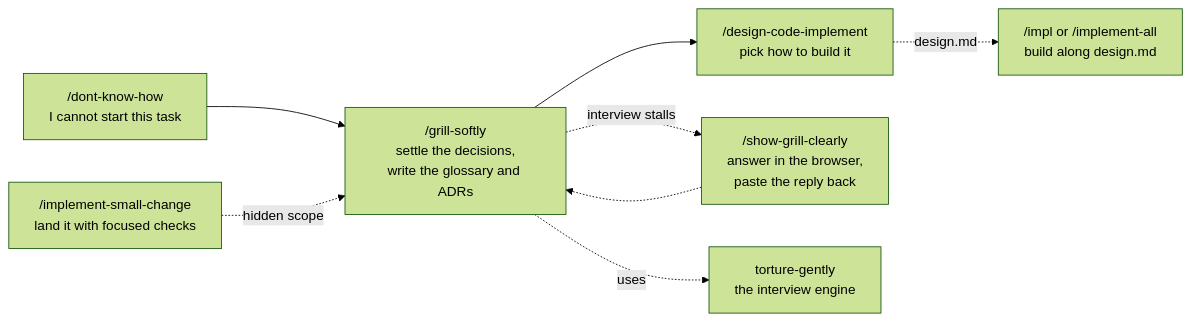
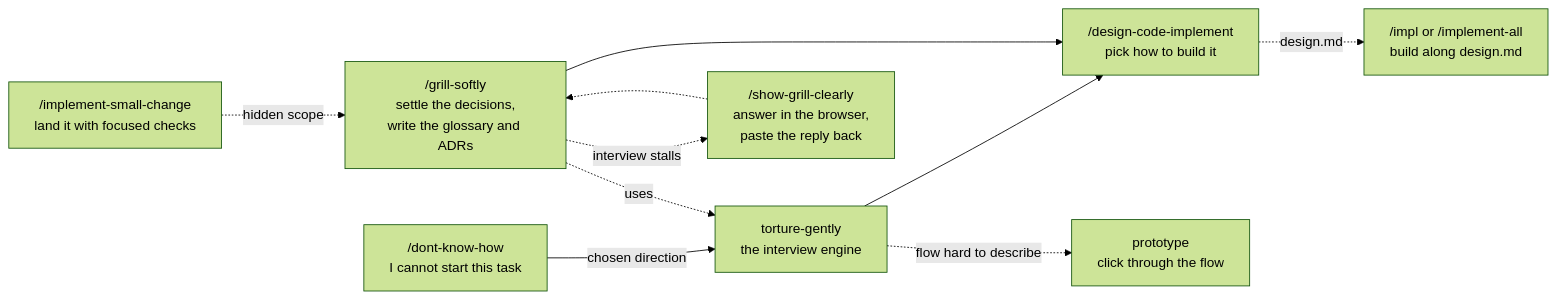
The diagram in README.md (GUOJIE-HONG/skills), drawn with Mermaid (forest theme) before and after one commit. The commit also changed other lines of this file and 5 other files, not shown here.

First line of the commit message:
feat(dont-know-how): 選定方向後直接接 torture-gently，流程講不清楚時改做原型

````diff
--- a/README.md
+++ b/README.md
@@ -67,11 +68,14 @@
 ```mermaid
 flowchart LR
-    A["/dont-know-how<br/>I cannot start this task"] --> B["/grill-softly<br/>settle the decisions,<br/>write the glossary and ADRs"]
+    A["/dont-know-how<br/>I cannot start this task"] -->|"chosen direction"| F["torture-gently<br/>the interview engine"]
+    F --> C
+    F -. flow hard to describe .-> P["prototype<br/>click through the flow"]
+    B["/grill-softly<br/>settle the decisions,<br/>write the glossary and ADRs"]
     B --> C["/design-code-implement<br/>pick how to build it"]
     D["/implement-small-change<br/>land it with focused checks"]
     C -.->|"design.md"| G["/impl or /implement-all<br/>build along design.md"]
     B -. interview stalls .-> E["/show-grill-clearly<br/>answer in the browser,<br/>paste the reply back"]
     E -.-> B
-    B -. uses .-> F["torture-gently<br/>the interview engine"]
+    B -. uses .-> F
     D -. hidden scope .-> B
 ```
````
